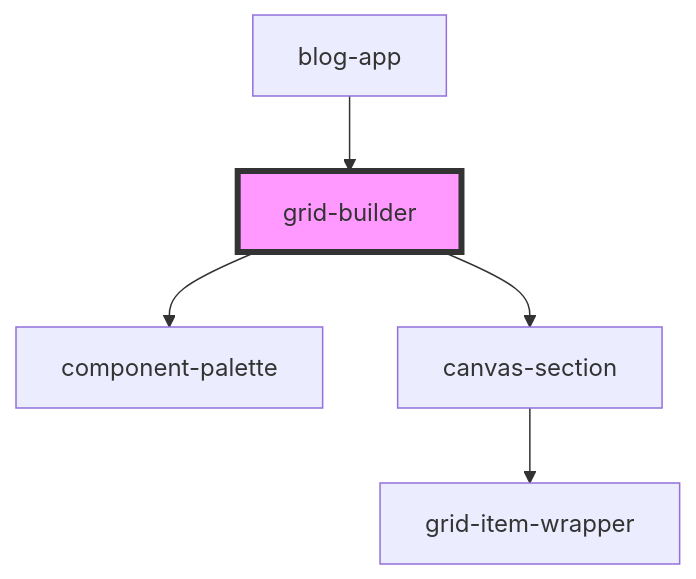
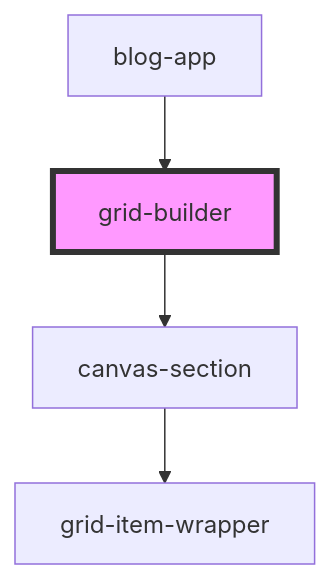
The diagram in stencil-grid-builder/src/components/grid-builder/readme.md (lucidworks/grid-builder-poc), drawn with Mermaid before and after one commit. The commit also changed other lines of this file and 3 other files, not shown here.

````diff
--- a/stencil-grid-builder/src/components/grid-builder/readme.md
+++ b/stencil-grid-builder/src/components/grid-builder/readme.md
@@ -368,8 +367,7 @@
 ```mermaid
 graph TD;
-  grid-builder --> component-palette
   grid-builder --> canvas-section
   canvas-section --> grid-item-wrapper
   blog-app --> grid-builder
   style grid-builder fill:#f9f,stroke:#333,stroke-width:4px
 ```
````
